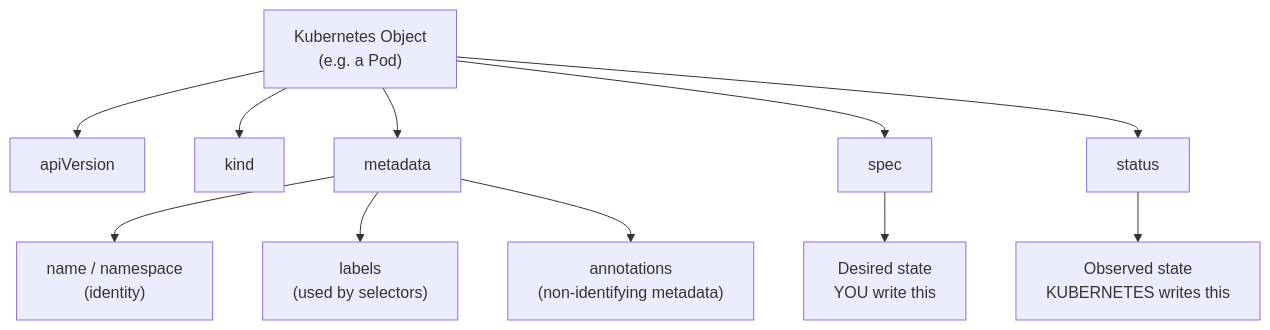
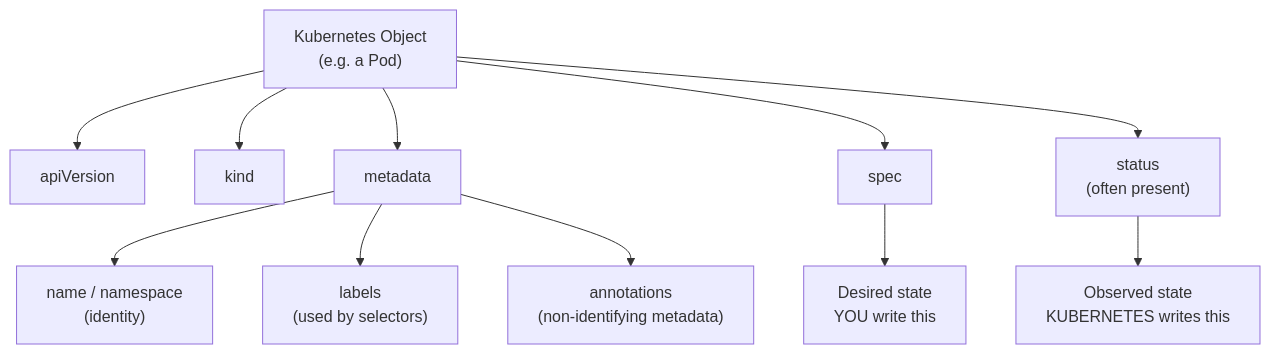
Before and after one commit to karthikreddy432/CKAD: the first of 3 diagrams in 00_chapter_foundations.md, drawn with Mermaid. The commit also changed other lines of this file and 15 other files, not shown here.

````diff
--- a/00_chapter_foundations.md
+++ b/00_chapter_foundations.md
@@ -40,15 +40,15 @@
 ```mermaid
 flowchart TD
     OBJ["Kubernetes Object\n(e.g. a Pod)"] --> API[apiVersion]
     OBJ --> KIND[kind]
     OBJ --> META[metadata]
     OBJ --> SPEC[spec]
-    OBJ --> STATUS[status]
+    OBJ --> STATUS["status\n(often present)"]
 
     META --> M1["name / namespace\n(identity)"]
     META --> M2["labels\n(used by selectors)"]
     META --> M3["annotations\n(non-identifying metadata)"]
 
     SPEC --> S1["Desired state\nYOU write this"]
     STATUS --> ST1["Observed state\nKUBERNETES writes this"]
 ```
````
